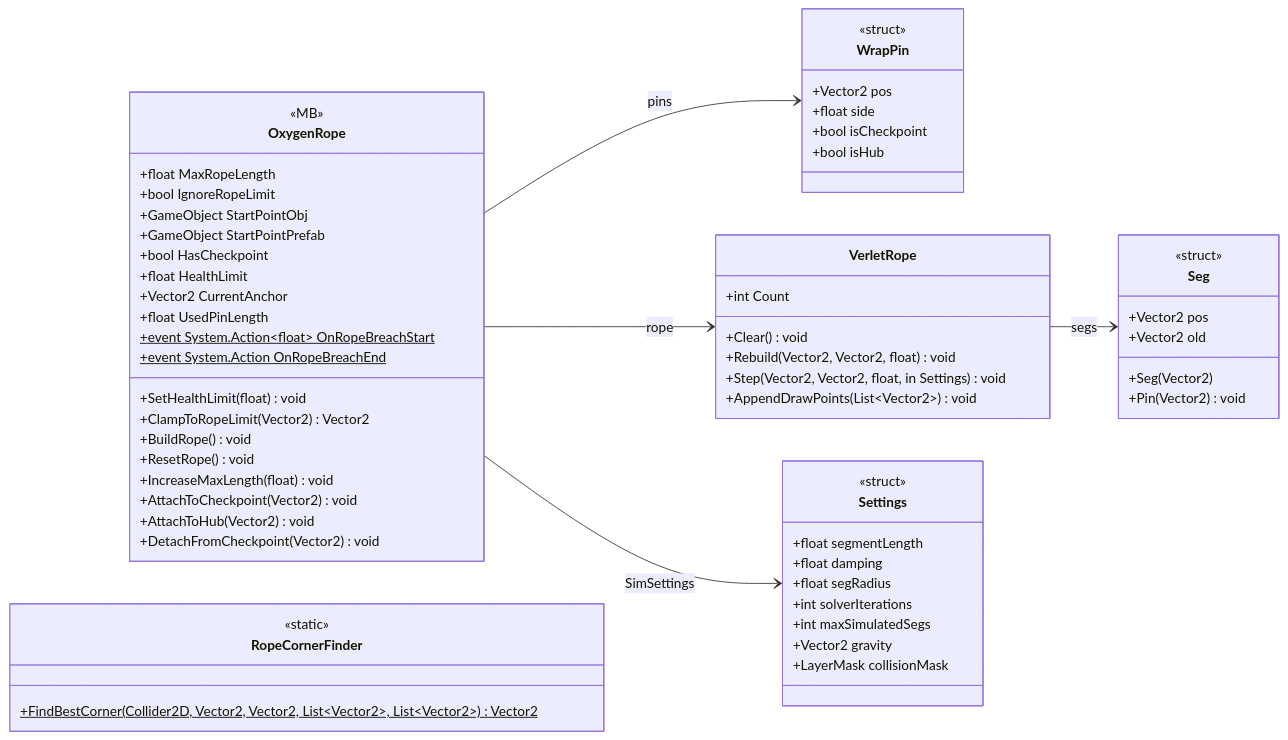
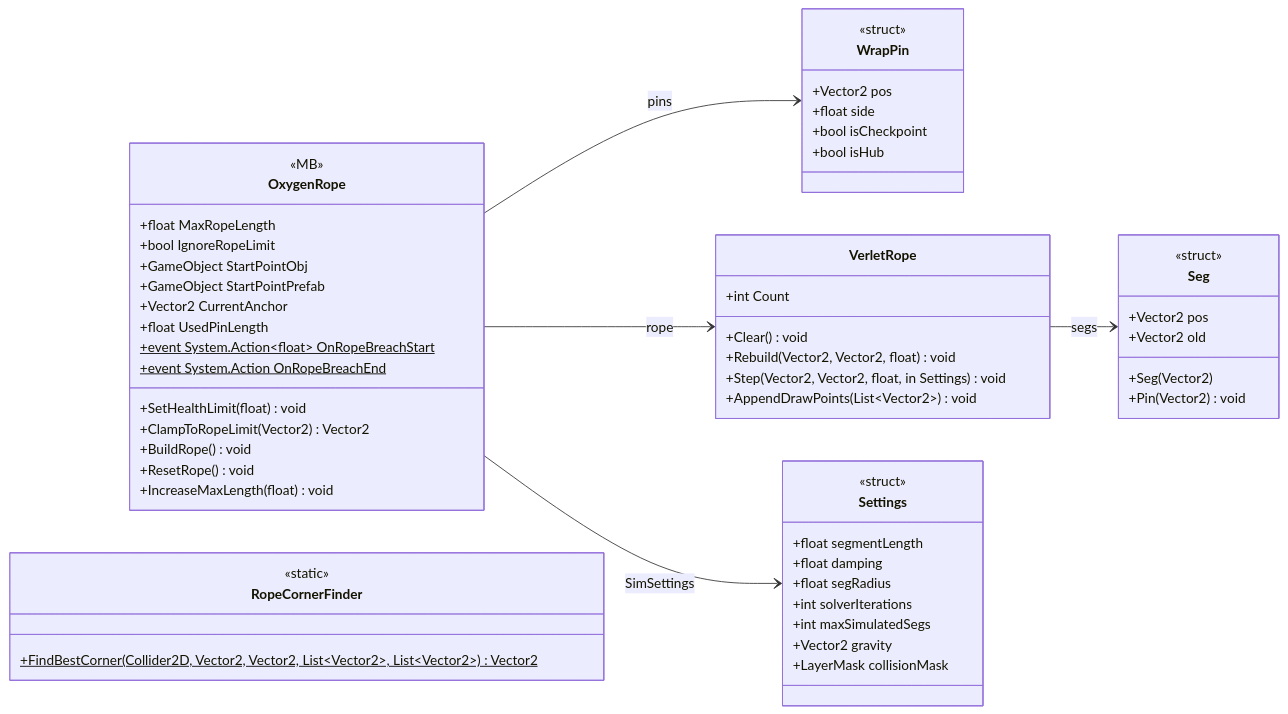
The diagram in docs/uml/modules/Gameplay_Entities_Players_OxygenTube.md (PhumipatWave/project-ocean), drawn with Mermaid before and after one commit. The commit also changed other lines of this file and 80 other files, not shown here.

````diff
--- a/docs/uml/modules/Gameplay_Entities_Players_OxygenTube.md
+++ b/docs/uml/modules/Gameplay_Entities_Players_OxygenTube.md
@@ -7,64 +7,59 @@
 ```mermaid
 classDiagram
   direction LR
   class OxygenRope {
     <<MB>>
     +float MaxRopeLength
     +bool IgnoreRopeLimit
     +GameObject StartPointObj
     +GameObject StartPointPrefab
-    +bool HasCheckpoint
-    +float HealthLimit
     +Vector2 CurrentAnchor
     +float UsedPinLength
     +event System.Action~float~ OnRopeBreachStart$
     +event System.Action OnRopeBreachEnd$
     +SetHealthLimit(float) void
     +ClampToRopeLimit(Vector2) Vector2
     +BuildRope() void
     +ResetRope() void
     +IncreaseMaxLength(float) void
-    +AttachToCheckpoint(Vector2) void
-    +AttachToHub(Vector2) void
-    +DetachFromCheckpoint(Vector2) void
   }
   class WrapPin {
     <<struct>>
     +Vector2 pos
     +float side
     +bool isCheckpoint
     +bool isHub
   }
   class RopeCornerFinder {
     <<static>>
     +FindBestCorner(Collider2D, Vector2, Vector2, List~Vector2~, List~Vector2~)$ Vector2
   }
   class VerletRope {
     +int Count
     +Clear() void
     +Rebuild(Vector2, Vector2, float) void
     +Step(Vector2, Vector2, float, in Settings) void
     +AppendDrawPoints(List~Vector2~) void
   }
   class Settings {
     <<struct>>
     +float segmentLength
     +float damping
     +float segRadius
     +int solverIterations
     +int maxSimulatedSegs
     +Vector2 gravity
     +LayerMask collisionMask
   }
   class Seg {
     <<struct>>
     +Vector2 pos
     +Vector2 old
     +Seg(Vector2)
     +Pin(Vector2) void
   }
   OxygenRope --> Settings : SimSettings
   OxygenRope --> VerletRope : rope
   OxygenRope --> WrapPin : pins
   VerletRope --> Seg : segs
 ```
````
